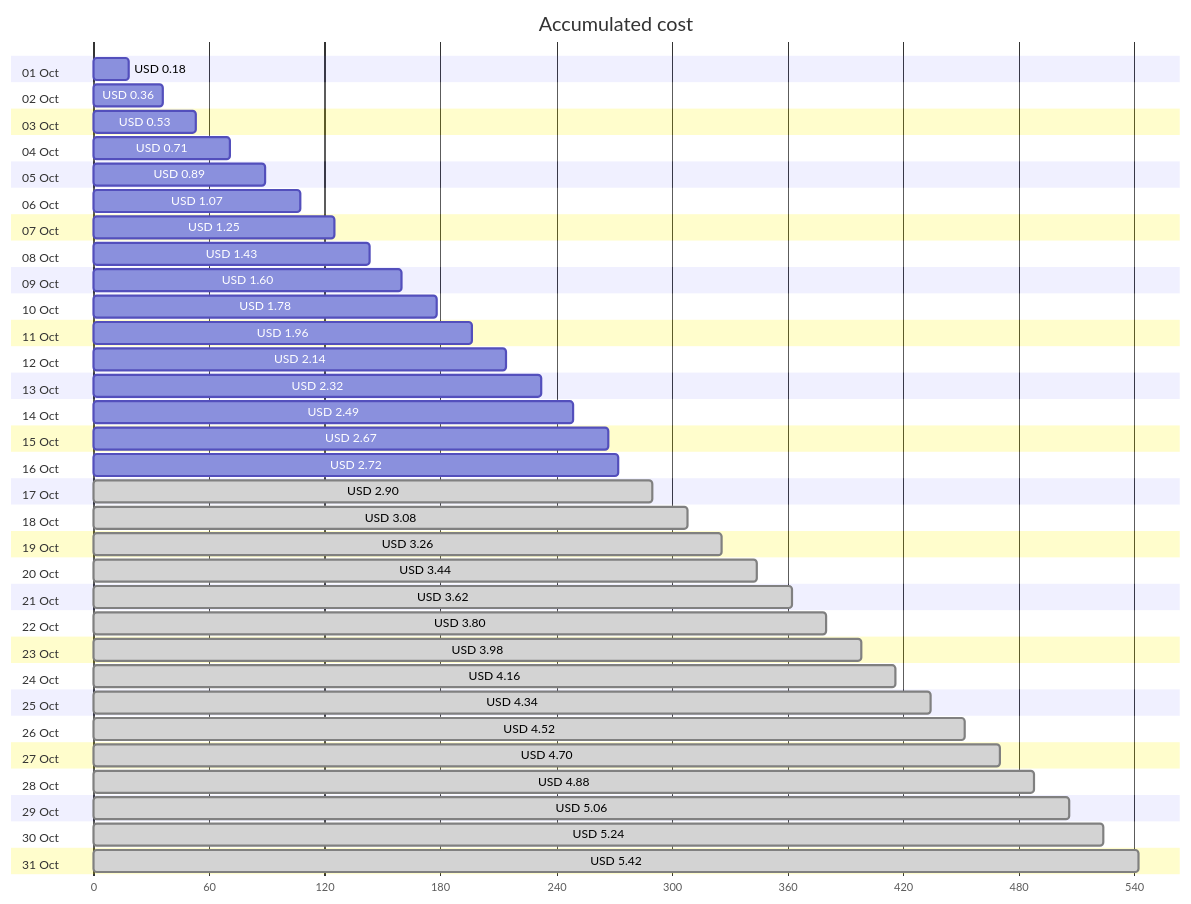
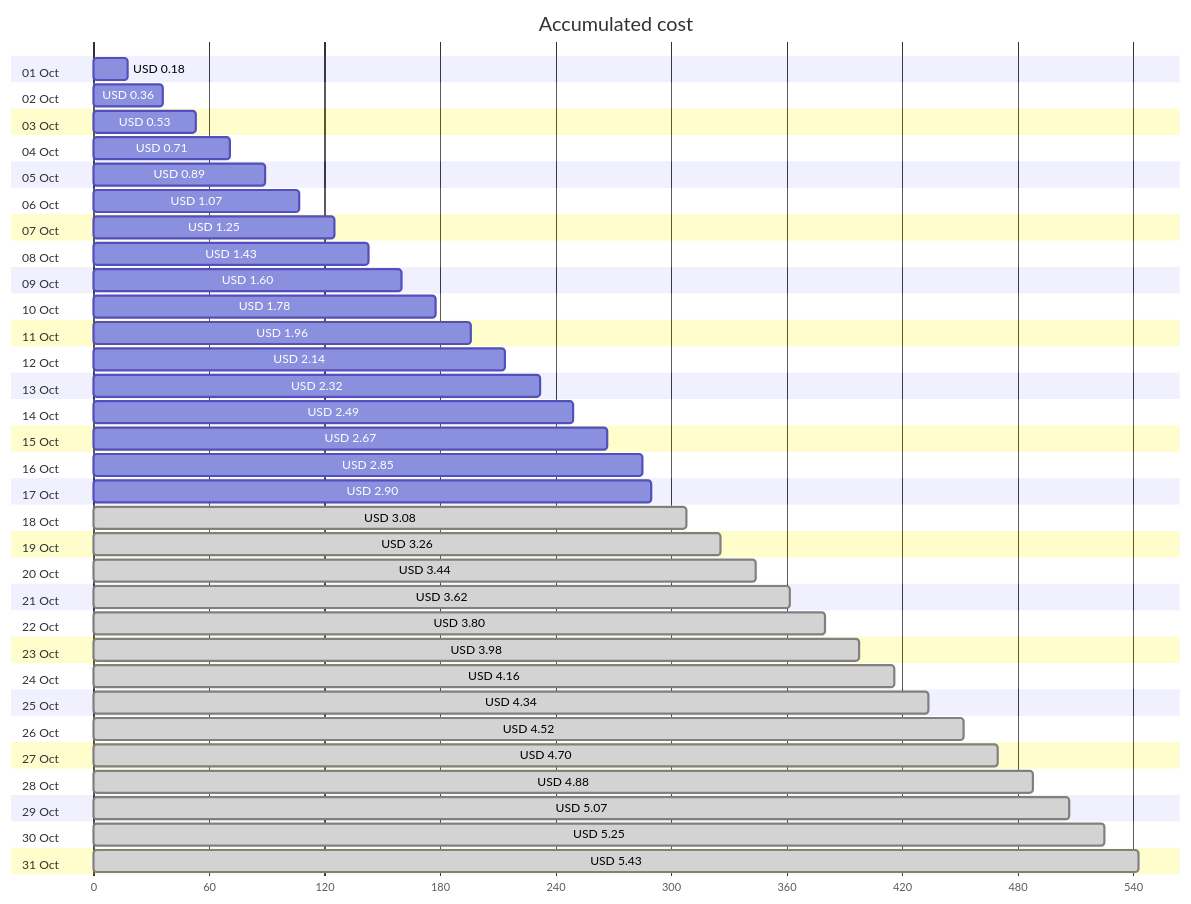
The first of 4 diagrams in cost-reports/personal-network/backup-server.md (jpfulton/azure-personal-reports), drawn with Mermaid before and after one commit. The commit also changed other lines of this file and 8 other files, not shown here.

````diff
--- a/cost-reports/personal-network/backup-server.md
+++ b/cost-reports/personal-network/backup-server.md
@@ -20,68 +20,68 @@
 ```mermaid
 gantt
    title Accumulated cost
    dateFormat  X
    axisFormat %s
    section 01 Oct
    USD 0.18 :0, 18
    section 02 Oct
    USD 0.36 :0, 36
    section 03 Oct
    USD 0.53 :0, 53
    section 04 Oct
    USD 0.71 :0, 71
    section 05 Oct
    USD 0.89 :0, 89
    section 06 Oct
    USD 1.07 :0, 107
    section 07 Oct
    USD 1.25 :0, 125
    section 08 Oct
    USD 1.43 :0, 143
    section 09 Oct
    USD 1.60 :0, 160
    section 10 Oct
    USD 1.78 :0, 178
    section 11 Oct
    USD 1.96 :0, 196
    section 12 Oct
    USD 2.14 :0, 214
    section 13 Oct
    USD 2.32 :0, 232
    section 14 Oct
    USD 2.49 :0, 249
    section 15 Oct
    USD 2.67 :0, 267
    section 16 Oct
-   USD 2.72 :0, 272
+   USD 2.85 :0, 285
    section 17 Oct
-   USD 2.90 : done, 0, 290
+   USD 2.90 :0, 290
    section 18 Oct
    USD 3.08 : done, 0, 308
    section 19 Oct
    USD 3.26 : done, 0, 326
    section 20 Oct
    USD 3.44 : done, 0, 344
    section 21 Oct
    USD 3.62 : done, 0, 362
    section 22 Oct
    USD 3.80 : done, 0, 380
    section 23 Oct
    USD 3.98 : done, 0, 398
    section 24 Oct
    USD 4.16 : done, 0, 416
    section 25 Oct
    USD 4.34 : done, 0, 434
    section 26 Oct
    USD 4.52 : done, 0, 452
    section 27 Oct
    USD 4.70 : done, 0, 470
    section 28 Oct
    USD 4.88 : done, 0, 488
    section 29 Oct
-   USD 5.06 : done, 0, 506
+   USD 5.07 : done, 0, 507
    section 30 Oct
-   USD 5.24 : done, 0, 524
+   USD 5.25 : done, 0, 525
    section 31 Oct
-   USD 5.42 : done, 0, 542
+   USD 5.43 : done, 0, 543
 ```
````
